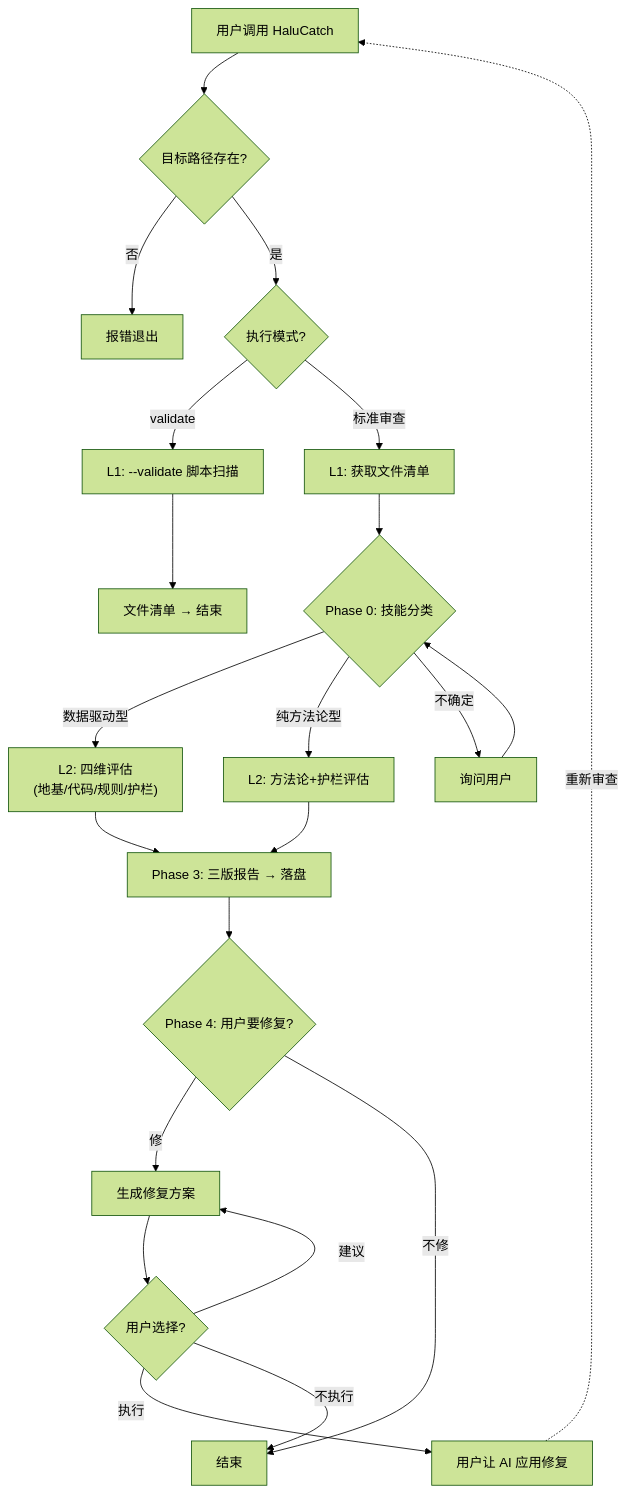
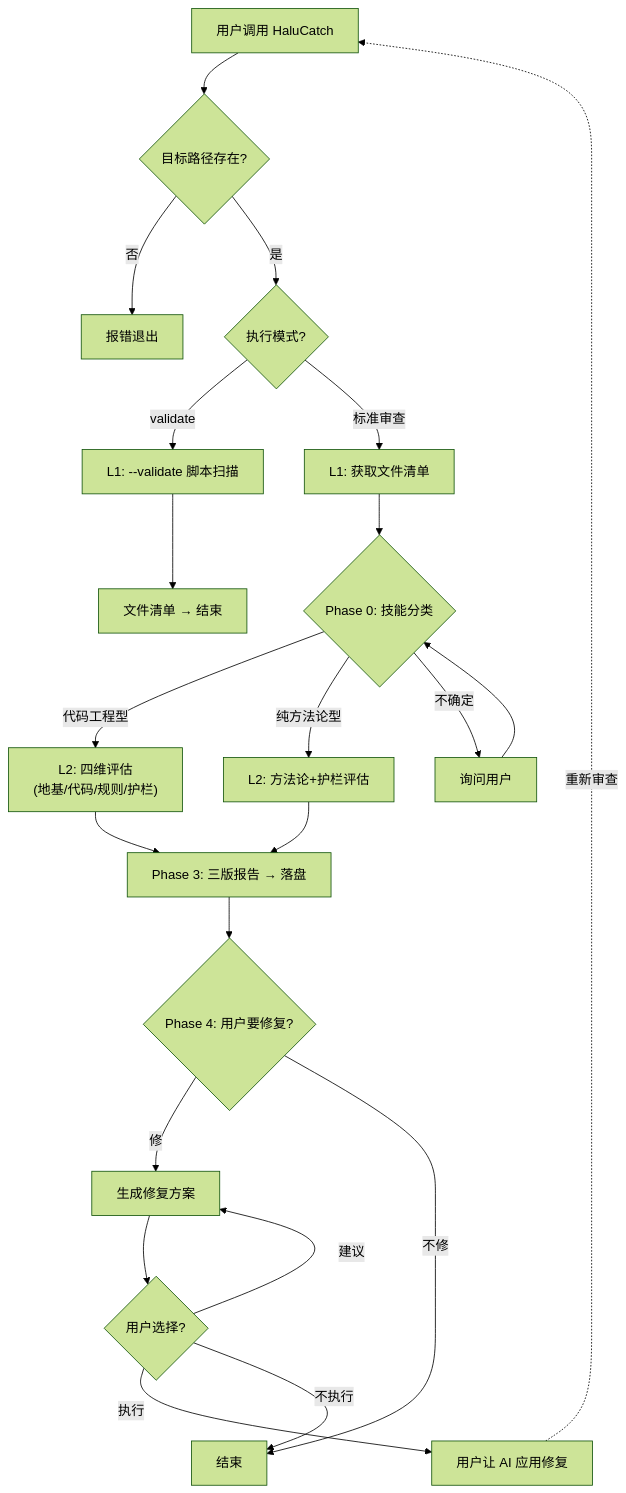
Before and after one commit to CoderMoray/HaluCatch: the diagram in README.md, drawn with Mermaid (forest theme). The commit also changed other lines of this file and 9 other files, not shown here.

First line of the commit message:
feat: 分类标签 rename (数据驱动型→代码工程型) + README 快速开始重写

````diff
--- a/README.md
+++ b/README.md
@@ -23,24 +23,24 @@
 ```mermaid
 flowchart TD
   A["用户调用 HaluCatch"] --> B{"目标路径存在?"}
   B -->|否| C["报错退出"]
   B -->|是| D{"执行模式?"}
   D -->|validate| E["L1: --validate 脚本扫描"]
   E --> F["文件清单 → 结束"]
   D -->|标准审查| G["L1: 获取文件清单"]
   G --> H{"Phase 0: 技能分类"}
-  H -->|数据驱动型| I["L2: 四维评估<br/>(地基/代码/规则/护栏)"]
+  H -->|代码工程型| I["L2: 四维评估<br/>(地基/代码/规则/护栏)"]
   H -->|纯方法论型| J["L2: 方法论+护栏评估"]
   H -->|不确定| K["询问用户"]
   K --> H
   I --> N["Phase 3: 三版报告 → 落盘"]
   J --> N
   N --> O{"Phase 4: 用户要修复?"}
   O -->|修| P["生成修复方案"]
   O -->|不修| Q["结束"]
   P --> R{"用户选择?"}
   R -->|执行| S["用户让 AI 应用修复"]
   R -->|不执行| Q
   R -->|建议| P
   S -.->|重新审查| A
 ```
````
